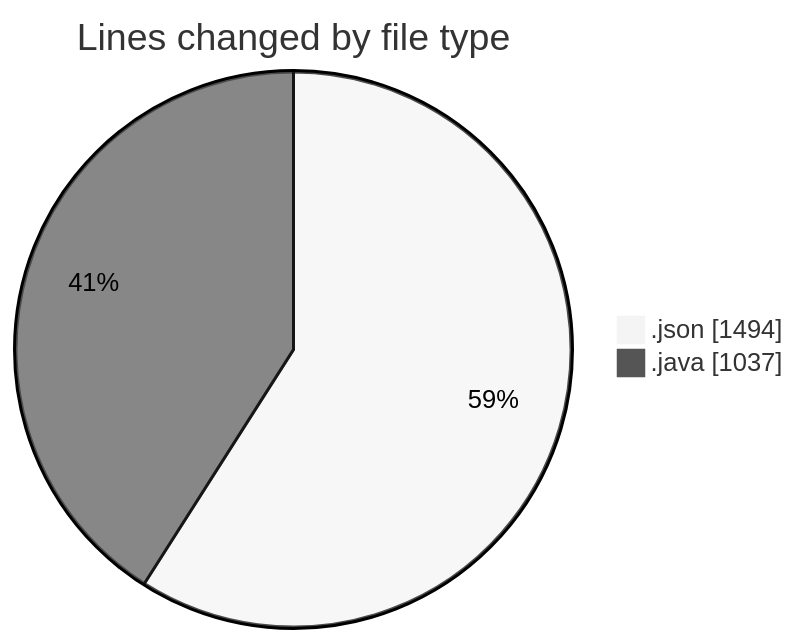
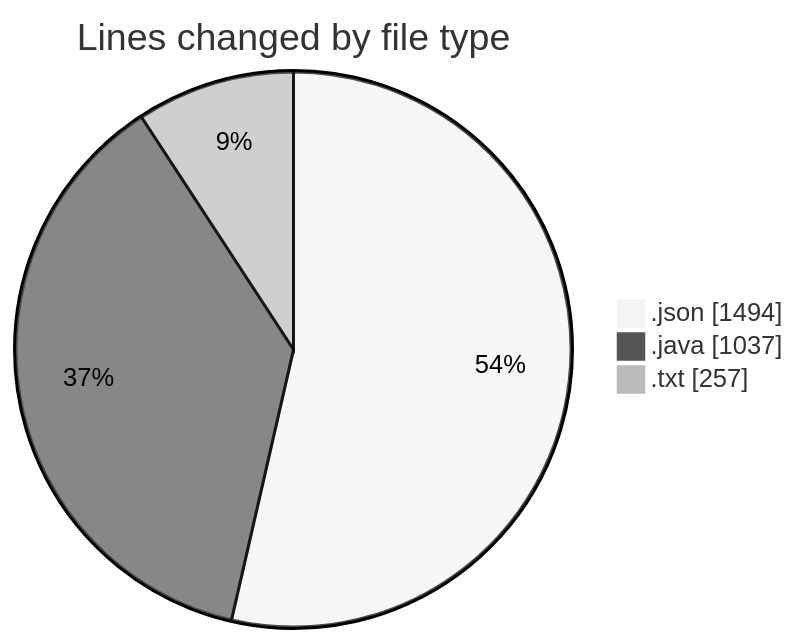
The first of 2 diagrams in 2026-07-14/cilapp/README.md (ricardozamudiocil/code-tracking), drawn with Mermaid (neutral theme) before and after one commit. The commit also changed other lines of this file and 1 other file, not shown here.

````diff
--- a/2026-07-14/cilapp/README.md
+++ b/2026-07-14/cilapp/README.md
@@ -24,6 +25,7 @@
 ```mermaid
 pie showData
 title Lines changed by file type
 ".json" : 1494
 ".java" : 1037
+".txt" : 257
 ```
````
